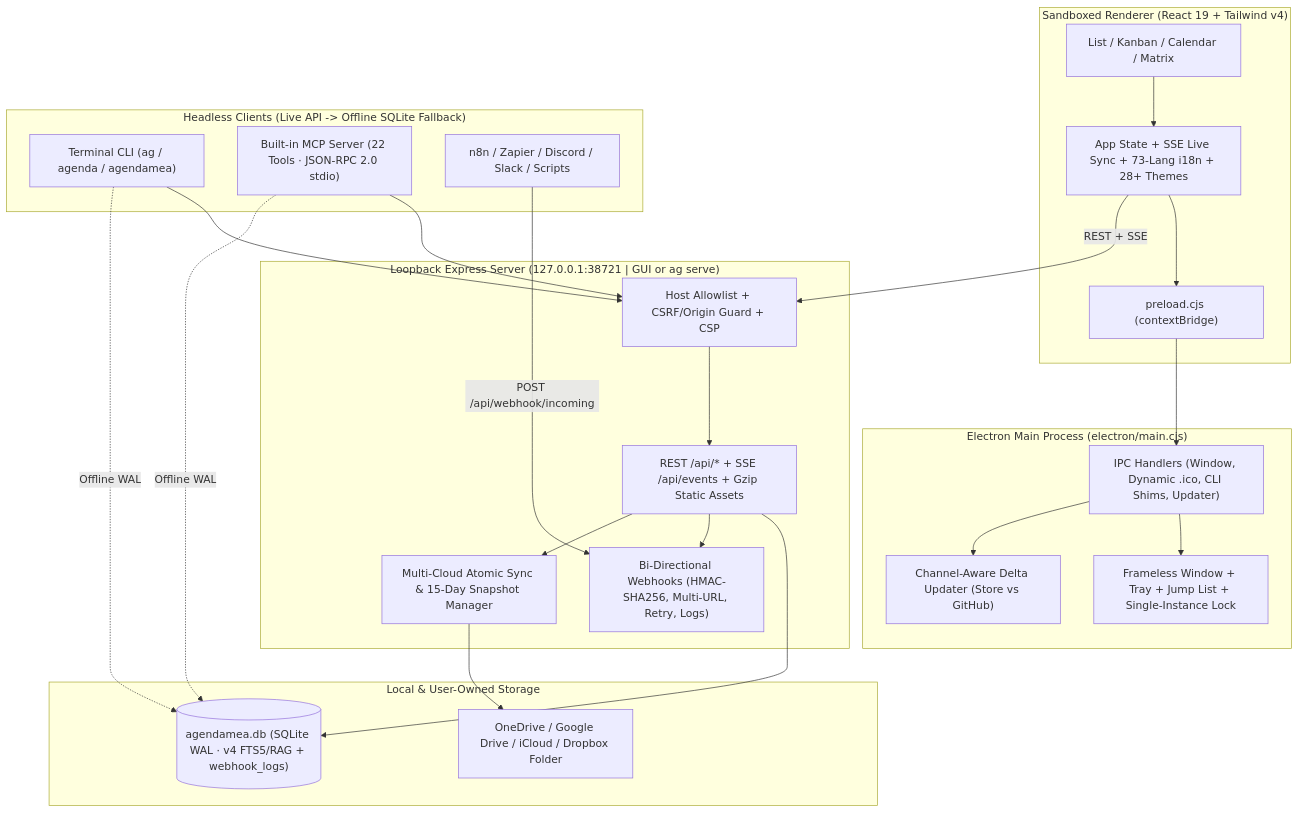
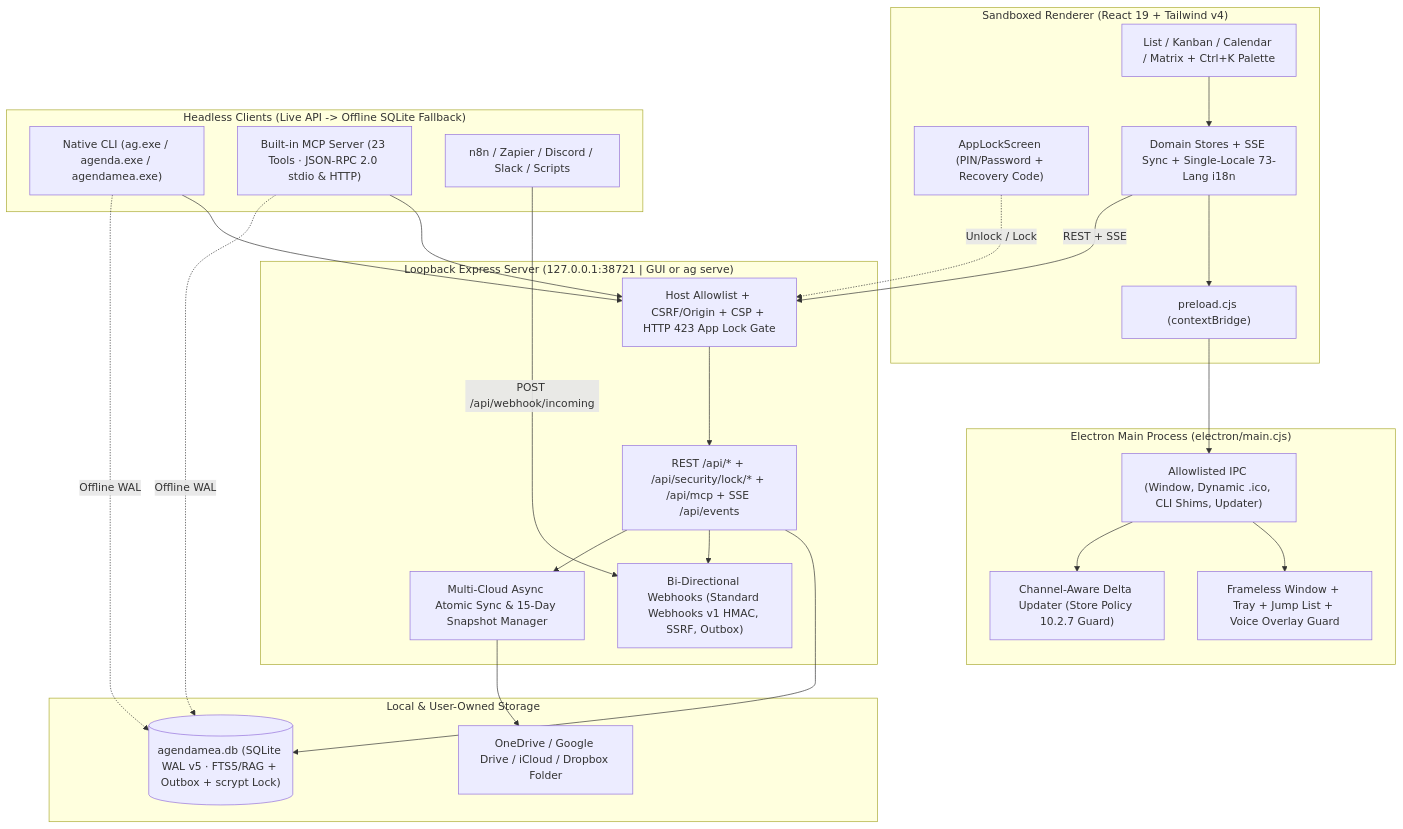
One commit to emirtdede/agendamea changed the diagram in README.md. Above: the diagram before and after it, drawn with Mermaid. The commit also changed other lines of this file and 298 other files, not shown here.

Commit message:
release(v1.1.0): optional PIN/Password lock, Ctrl+K palette, single-locale boot, NativeAOT portable & PowerPilot-aligned docs

````diff
--- a/README.md
+++ b/README.md
@@ -225,45 +231,47 @@
 ```mermaid
 flowchart TD
     subgraph UI["Sandboxed Renderer (React 19 + Tailwind v4)"]
-        VIEWS["List / Kanban / Calendar / Matrix"]
-        STATE["App State + SSE Live Sync + 73-Lang i18n + 28+ Themes"]
+        LOCK["AppLockScreen (PIN/Password + Recovery Code)"]
+        VIEWS["List / Kanban / Calendar / Matrix + Ctrl+K Palette"]
+        STATE["Domain Stores + SSE Sync + Single-Locale 73-Lang i18n"]
         PRE["preload.cjs (contextBridge)"]
     end
 
     subgraph MAIN["Electron Main Process (electron/main.cjs)"]
-        WIN["Frameless Window + Tray + Jump List + Single-Instance Lock"]
-        IPC["IPC Handlers (Window, Dynamic .ico, CLI Shims, Updater)"]
-        UPD["Channel-Aware Delta Updater (Store vs GitHub)"]
+        WIN["Frameless Window + Tray + Jump List + Voice Overlay Guard"]
+        IPC["Allowlisted IPC (Window, Dynamic .ico, CLI Shims, Updater)"]
+        UPD["Channel-Aware Delta Updater (Store Policy 10.2.7 Guard)"]
     end
 
     subgraph API["Loopback Express Server (127.0.0.1:38721 | GUI or ag serve)"]
-        GUARD["Host Allowlist + CSRF/Origin Guard + CSP"]
-        REST["REST /api/* + SSE /api/events + Gzip Static Assets"]
-        HOOK["Bi-Directional Webhooks (HMAC-SHA256, Multi-URL, Retry, Logs)"]
-        SYNC["Multi-Cloud Atomic Sync & 15-Day Snapshot Manager"]
+        GUARD["Host Allowlist + CSRF/Origin + CSP + HTTP 423 App Lock Gate"]
+        REST["REST /api/* + /api/security/lock/* + /api/mcp + SSE /api/events"]
+        HOOK["Bi-Directional Webhooks (Standard Webhooks v1 HMAC, SSRF, Outbox)"]
+        SYNC["Multi-Cloud Async Atomic Sync & 15-Day Snapshot Manager"]
     end
 
     subgraph HEADLESS["Headless Clients (Live API -> Offline SQLite Fallback)"]
-        CLI["Terminal CLI (ag / agenda / agendamea)"]
-        MCP["Built-in MCP Server (22 Tools · JSON-RPC 2.0 stdio)"]
+        CLI["Native CLI (ag.exe / agenda.exe / agendamea.exe)"]
+        MCP["Built-in MCP Server (23 Tools · JSON-RPC 2.0 stdio & HTTP)"]
         EXT["n8n / Zapier / Discord / Slack / Scripts"]
     end
 
     subgraph STORAGE["Local & User-Owned Storage"]
-        DB[("agendamea.db (SQLite WAL · v4 FTS5/RAG + webhook_logs)")]
+        DB[("agendamea.db (SQLite WAL v5 · FTS5/RAG + Outbox + scrypt Lock)")]
         CLOUD["OneDrive / Google Drive / iCloud / Dropbox Folder"]
     end
 
+    LOCK -.->|"Unlock / Lock"| GUARD
     VIEWS --> STATE --> PRE --> IPC
     IPC --> WIN
     IPC --> UPD
     STATE -->|"REST + SSE"| GUARD --> REST
     CLI --> GUARD
     MCP --> GUARD
     CLI -.->|"Offline WAL"| DB
     MCP -.->|"Offline WAL"| DB
     EXT -->|"POST /api/webhook/incoming"| HOOK
     REST --> DB
     REST --> HOOK
     REST --> SYNC --> CLOUD
 ```
````
